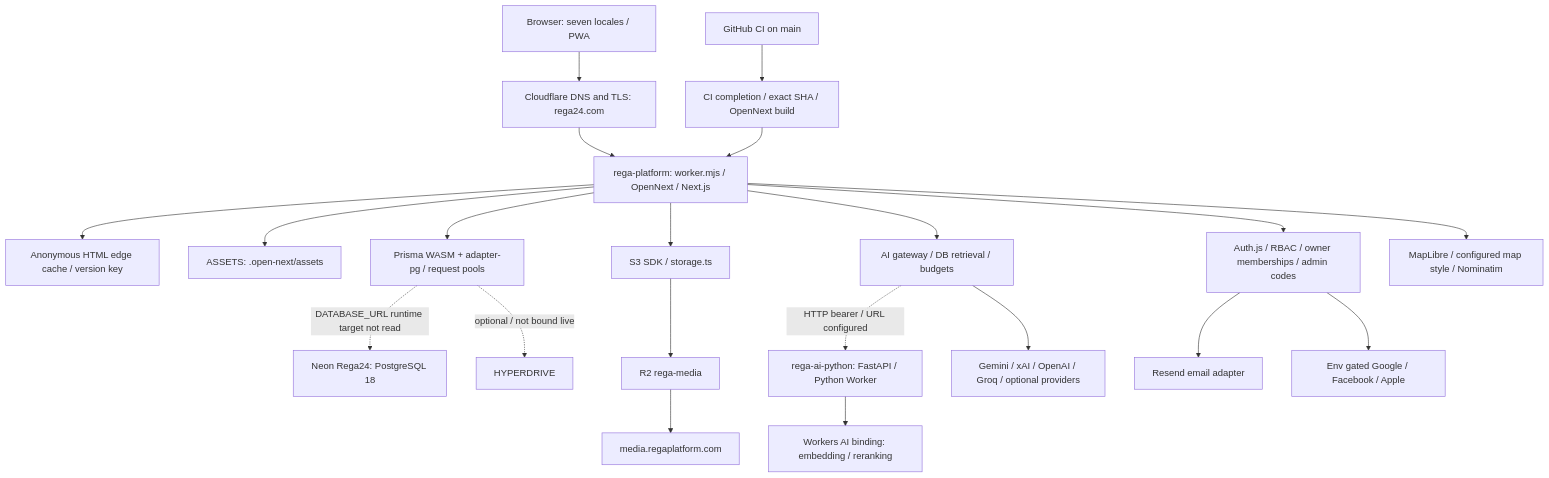
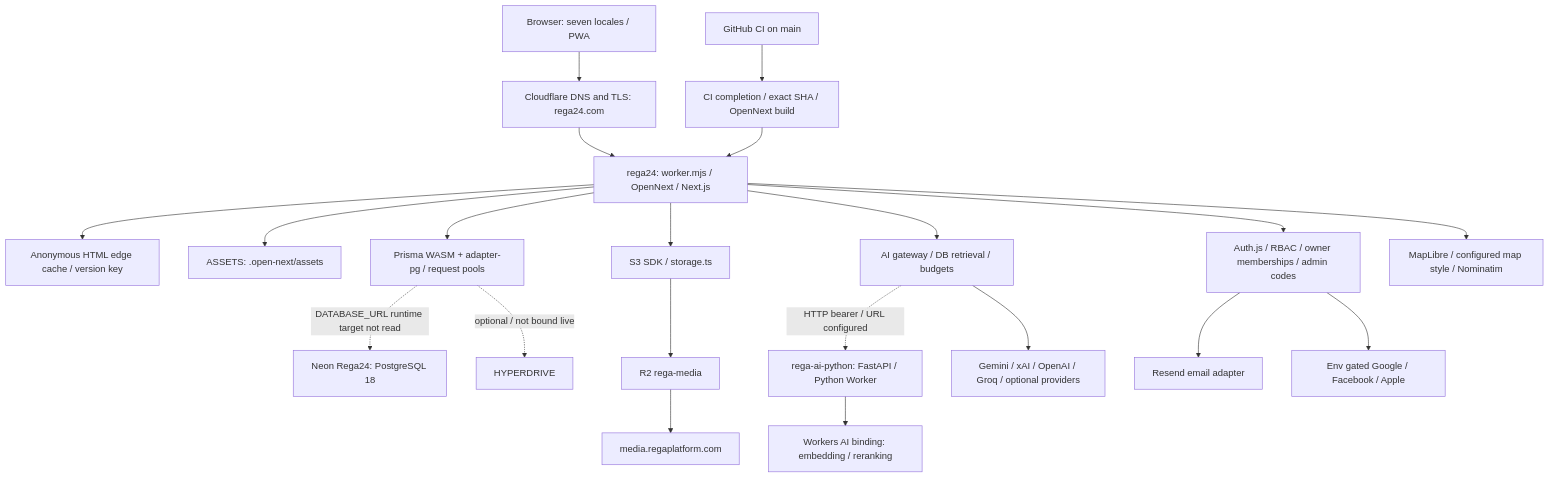
One commit to rebar9988-max/Rega changed the first of 2 diagrams in REGA24_SYSTEM_MAP.md. Above: the diagram before and after it, drawn with Mermaid. The commit also changed other lines of this file and 24 other files, not shown here.

````diff
--- a/REGA24_SYSTEM_MAP.md
+++ b/REGA24_SYSTEM_MAP.md
@@ -20,23 +20,23 @@
 ```mermaid
 flowchart TD
   Browser[Browser: seven locales / PWA] --> Edge[Cloudflare DNS and TLS: rega24.com]
-  Edge --> Web[rega-platform: worker.mjs / OpenNext / Next.js]
+  Edge --> Web[rega24: worker.mjs / OpenNext / Next.js]
   Web --> Cache[Anonymous HTML edge cache / version key]
   Web --> Assets[ASSETS: .open-next/assets]
   Web --> Auth[Auth.js / RBAC / owner memberships / admin codes]
   Web --> Prisma[Prisma WASM + adapter-pg / request pools]
   Prisma -. DATABASE_URL runtime target not read .-> Neon[Neon Rega24: PostgreSQL 18]
   Prisma -. optional / not bound live .-> Hyperdrive[HYPERDRIVE]
   Web --> S3[S3 SDK / storage.ts]
   S3 --> R2[R2 rega-media]
   R2 --> Media[media.regaplatform.com]
   Web --> Gateway[AI gateway / DB retrieval / budgets]
   Gateway -. HTTP bearer / URL configured .-> Python[rega-ai-python: FastAPI / Python Worker]
   Python --> WorkersAI[Workers AI binding: embedding / reranking]
   Gateway --> Providers[Gemini / xAI / OpenAI / Groq / optional providers]
   Auth --> Email[Resend email adapter]
   Auth --> Social[Env gated Google / Facebook / Apple]
   Web --> Maps[MapLibre / configured map style / Nominatim]
   GitHub[GitHub CI on main] --> Deploy[CI completion / exact SHA / OpenNext build]
   Deploy --> Web
 ```
````
